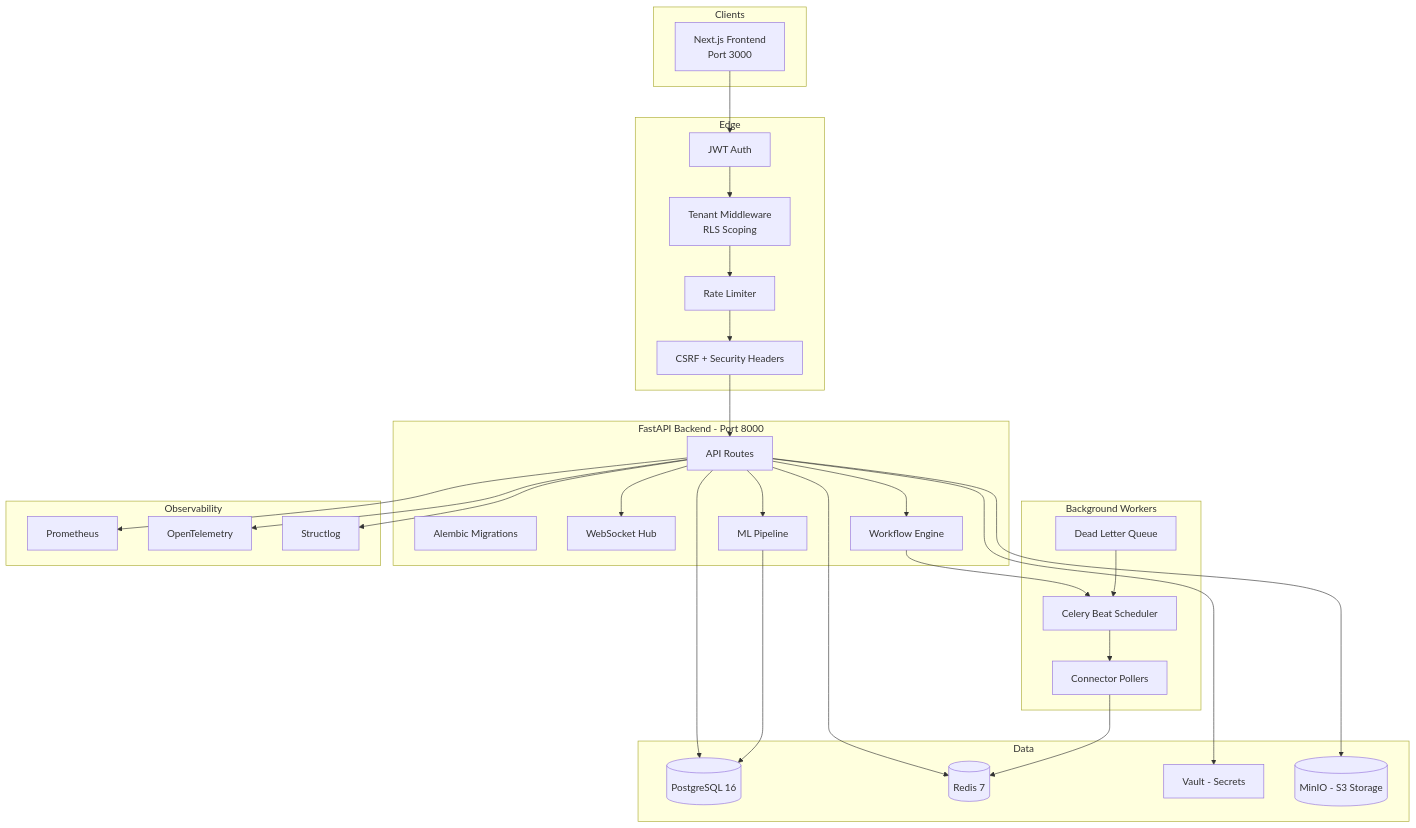
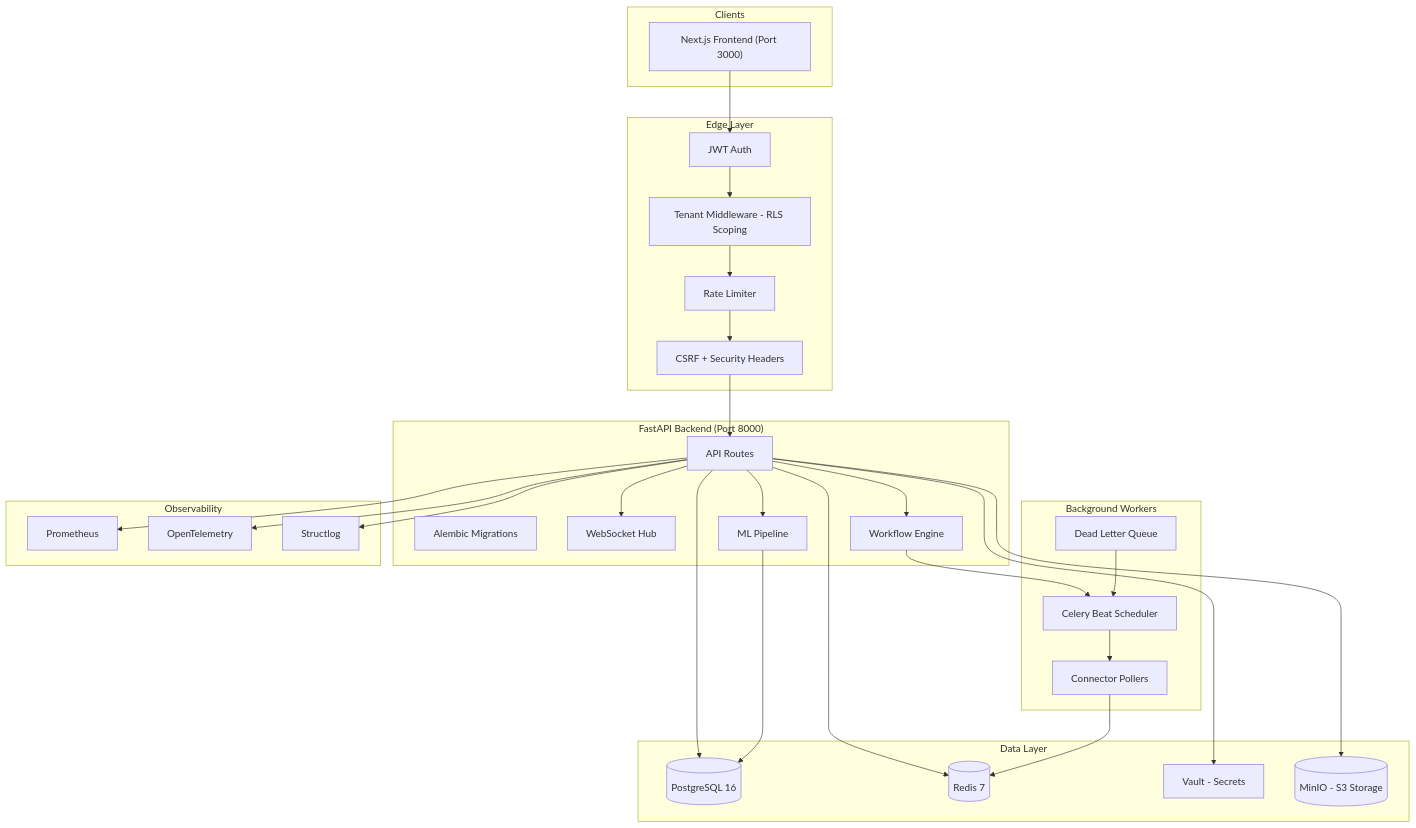
One commit to SowinySoft/Media-Basket changed the first of 22 diagrams in README.md. Above: the diagram before and after it, drawn with Mermaid. The commit also changed other lines of this file, not shown here.

Commit message:
fix: mermaid diagram render errors - quote subgraph titles and split chained edges

````diff
--- a/README.md
+++ b/README.md
@@ -220,57 +220,61 @@
 ```mermaid
 flowchart TB
-    subgraph Clients
-        UI[Next.js Frontend<br/>Port 3000]
+    subgraph CLIENTS["Clients"]
+        UI["Next.js Frontend (Port 3000)"]
     end
 
-    subgraph Edge
-        NODE[JWT Auth]
-        MID[Tenant Middleware<br/>RLS Scoping]
-        RL[Rate Limiter]
-        SEC[CSRF + Security Headers]
+    subgraph EDGE["Edge Layer"]
+        NODE["JWT Auth"]
+        MID["Tenant Middleware - RLS Scoping"]
+        RL["Rate Limiter"]
+        SEC["CSRF + Security Headers"]
     end
 
-    subgraph API[FastAPI Backend - Port 8000]
-        R[Alembic Migrations]
-        API_R[API Routes]
-        WS[WebSocket Hub]
-        WF[Workflow Engine]
-        ML[ML Pipeline]
+    subgraph API["FastAPI Backend (Port 8000)"]
+        MIG["Alembic Migrations"]
+        ROUTES["API Routes"]
+        WS["WebSocket Hub"]
+        WF["Workflow Engine"]
+        ML["ML Pipeline"]
     end
 
-    subgraph Workers[Background Workers]
-        CELERY[Celery Beat Scheduler]
-        POLL[Connector Pollers]
-        DLQ[Dead Letter Queue]
+    subgraph WORKERS["Background Workers"]
+        CELERY["Celery Beat Scheduler"]
+        POLL["Connector Pollers"]
+        DLQ["Dead Letter Queue"]
     end
 
-    subgraph Data
-        PG[(PostgreSQL 16)]
-        REDIS[(Redis 7)]
-        VAULT[Vault - Secrets]
-        MINIO[(MinIO - S3 Storage)]
+    subgraph DATA["Data Layer"]
+        PG[("PostgreSQL 16")]
+        REDIS[("Redis 7")]
+        VAULT["Vault - Secrets"]
+        MINIO[("MinIO - S3 Storage")]
     end
 
-    subgraph Observability
-        PROM[Prometheus]
-        TRACE[OpenTelemetry]
-        LOGS[Structlog]
+    subgraph OBS["Observability"]
+        PROM["Prometheus"]
+        TRACE["OpenTelemetry"]
+        LOGS["Structlog"]
     end
 
-    UI --> NODE --> MID --> RL --> SEC --> API_R
-    API_R --> PG
-    API_R --> REDIS
-    API_R --> WS
-    API_R --> WF
-    API_R --> VAULT
-    API_R --> MINIO
+    UI --> NODE
+    NODE --> MID
+    MID --> RL
+    RL --> SEC
+    SEC --> ROUTES
+    ROUTES --> PG
+    ROUTES --> REDIS
+    ROUTES --> WS
+    ROUTES --> WF
+    ROUTES --> VAULT
+    ROUTES --> MINIO
     WF --> CELERY
     CELERY --> POLL
     POLL --> REDIS
-    API_R --> ML
+    ROUTES --> ML
     ML --> PG
-    API_R --> PROM
-    API_R --> TRACE
-    API_R --> LOGS
+    ROUTES --> PROM
+    ROUTES --> TRACE
+    ROUTES --> LOGS
     DLQ --> CELERY
 ```
````
